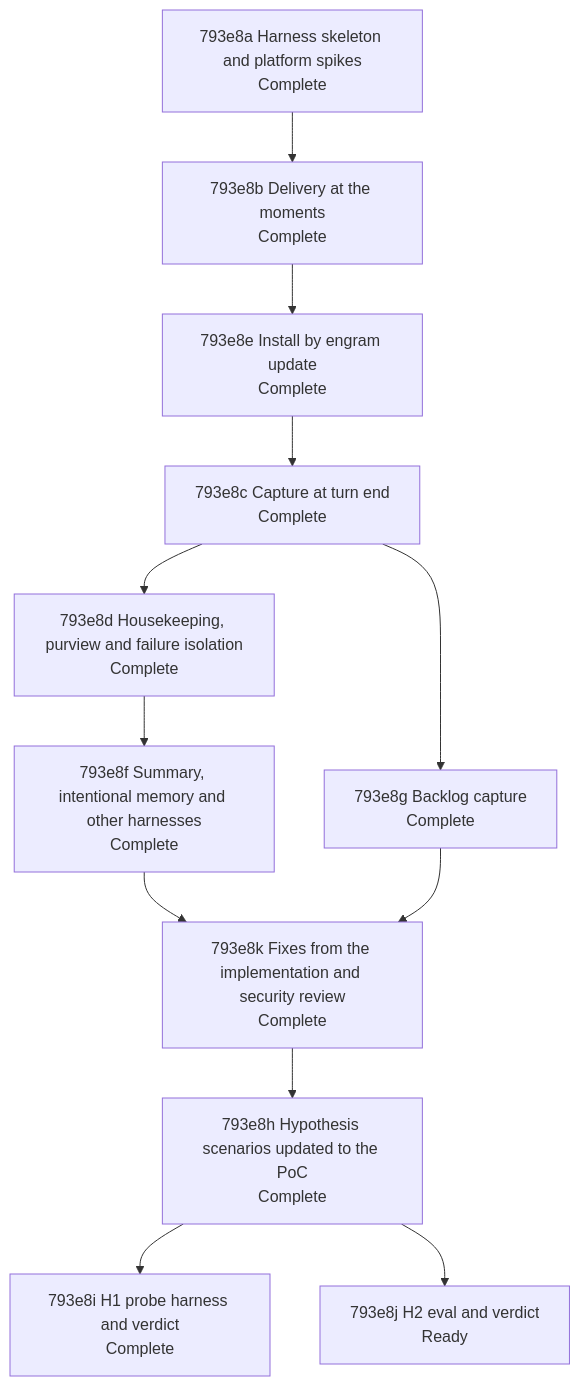
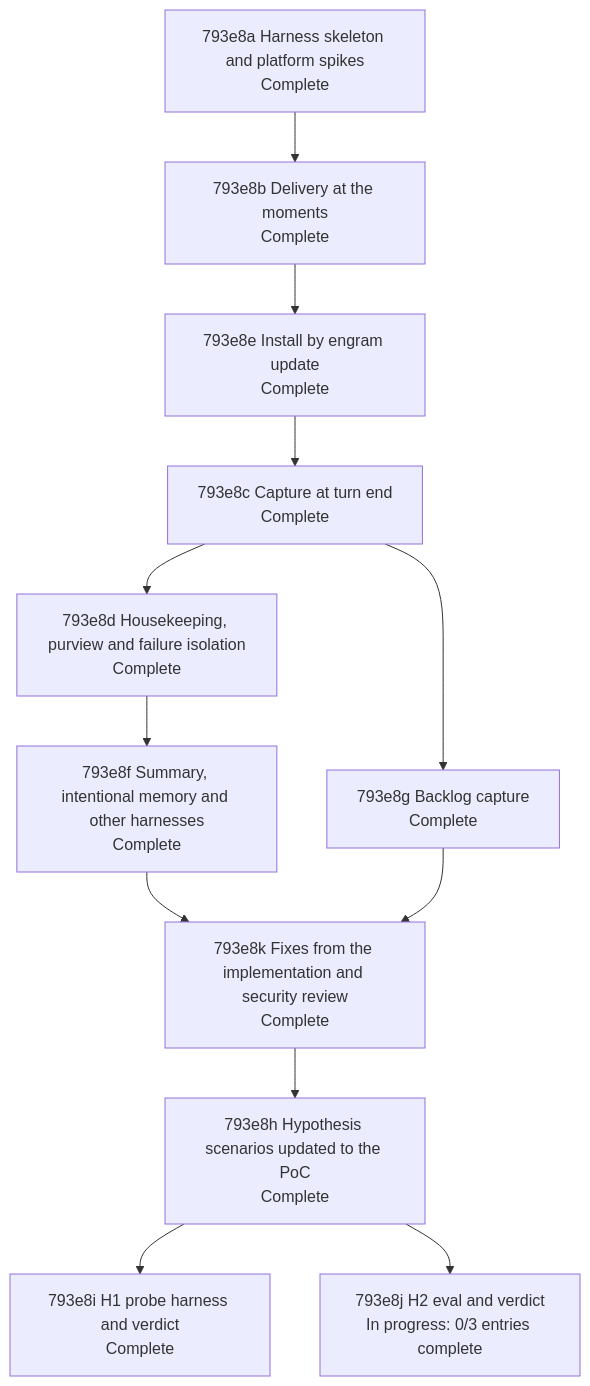
The diagram in docs/changes/793_parallel-memory-agent/793e_implementation-plan.md (toejough/engram), drawn with Mermaid before and after one commit. The commit also changed other lines of this file, not shown here.

First line of the commit message:
docs(793e8j): node In progress, the owner has confirmed the H2 gold

````diff
--- a/docs/changes/793_parallel-memory-agent/793e_implementation-plan.md
+++ b/docs/changes/793_parallel-memory-agent/793e_implementation-plan.md
@@ -217,23 +217,23 @@
 ```mermaid
 flowchart TD
   n793e8a["793e8a Harness skeleton and platform spikes<br/>Complete"]
   n793e8b["793e8b Delivery at the moments<br/>Complete"]
   n793e8e["793e8e Install by engram update<br/>Complete"]
   n793e8c["793e8c Capture at turn end<br/>Complete"]
   n793e8d["793e8d Housekeeping, purview and failure isolation<br/>Complete"]
   n793e8g["793e8g Backlog capture<br/>Complete"]
   n793e8f["793e8f Summary, intentional memory and other harnesses<br/>Complete"]
   n793e8k["793e8k Fixes from the implementation and security review<br/>Complete"]
   n793e8h["793e8h Hypothesis scenarios updated to the PoC<br/>Complete"]
   n793e8i["793e8i H1 probe harness and verdict<br/>Complete"]
-  n793e8j["793e8j H2 eval and verdict<br/>Ready"]
+  n793e8j["793e8j H2 eval and verdict<br/>In progress: 0/3 entries complete"]
   n793e8a --> n793e8b --> n793e8e --> n793e8c
   n793e8c --> n793e8d
   n793e8c --> n793e8g
   n793e8d --> n793e8f
   n793e8f --> n793e8k
   n793e8g --> n793e8k
   n793e8k --> n793e8h
   n793e8h --> n793e8i
   n793e8h --> n793e8j
 ```
````
